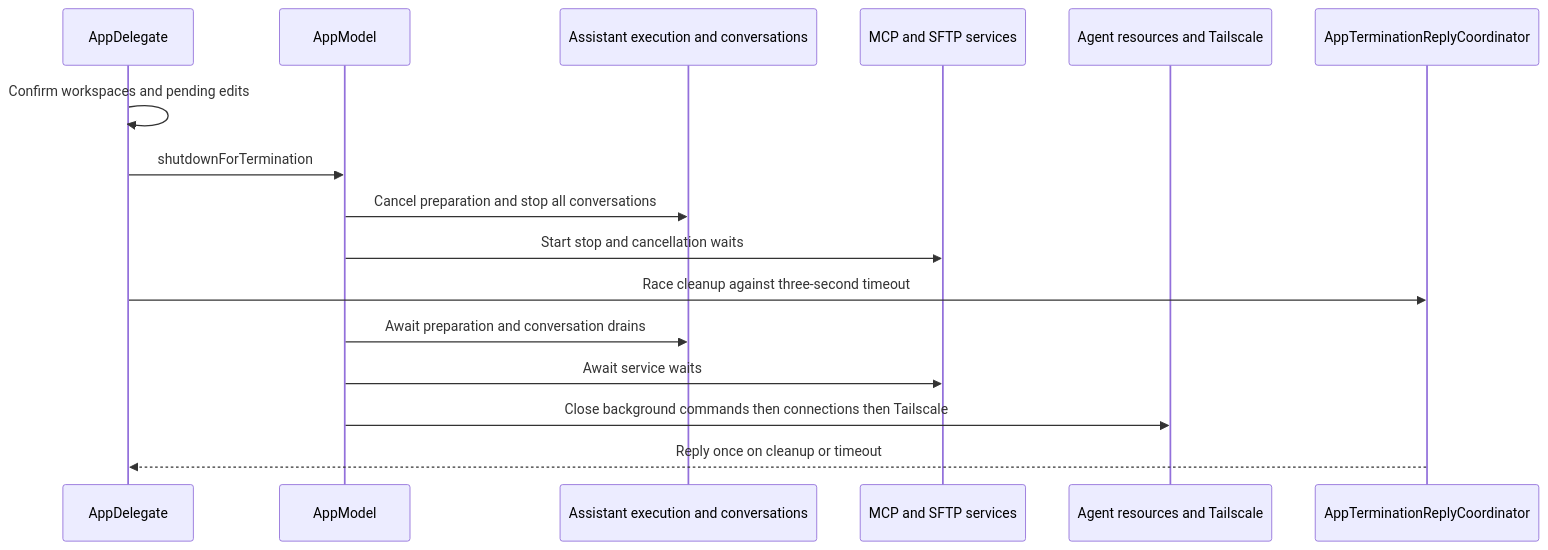
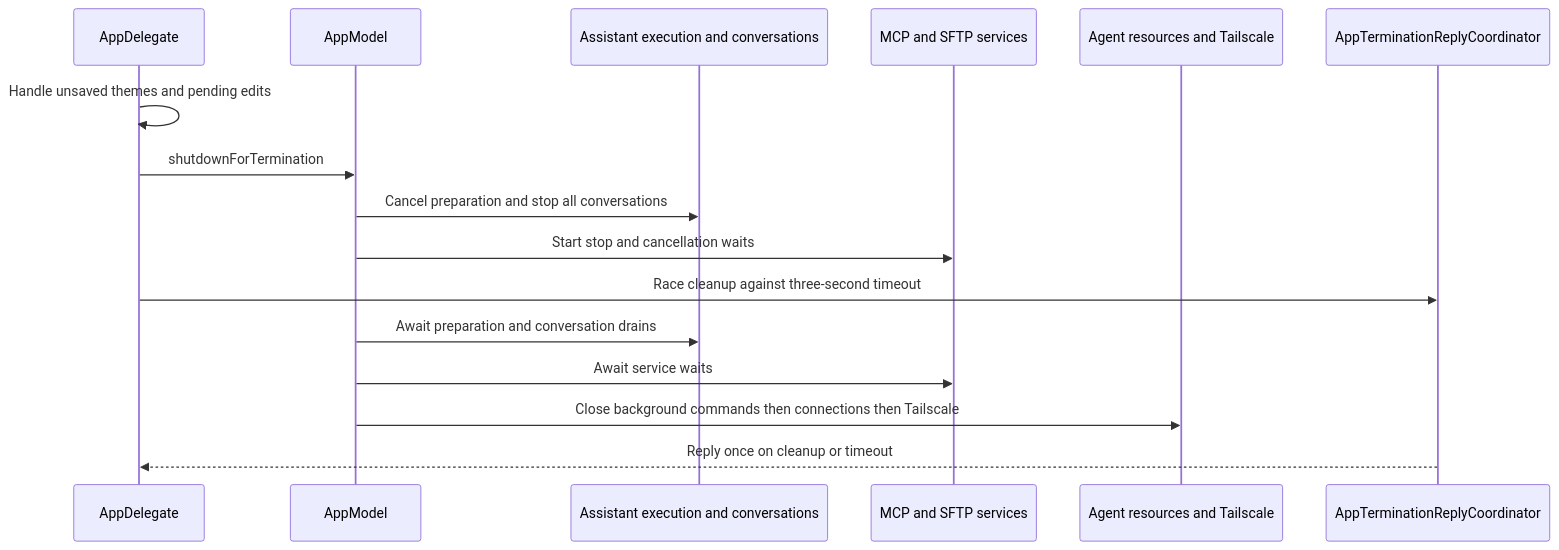
One commit to AkinoKaede/Termind changed the fourth of 5 diagrams in openwiki/architecture/system-boundaries.md. Above: the diagram before and after it, drawn with Mermaid. The commit also changed other lines of this file and 63 other files, not shown here.

````diff
--- a/openwiki/architecture/system-boundaries.md
+++ b/openwiki/architecture/system-boundaries.md
@@ -227,18 +225,18 @@
 ```mermaid
 sequenceDiagram
     participant Native as AppDelegate
     participant App as AppModel
     participant Agent as Assistant execution and conversations
     participant Services as MCP and SFTP services
     participant Resources as Agent resources and Tailscale
     participant Reply as AppTerminationReplyCoordinator
-    Native->>Native: Confirm workspaces and pending edits
+    Native->>Native: Handle unsaved themes and pending edits
     Native->>App: shutdownForTermination
     App->>Agent: Cancel preparation and stop all conversations
     App->>Services: Start stop and cancellation waits
     Native->>Reply: Race cleanup against three-second timeout
     App->>Agent: Await preparation and conversation drains
     App->>Services: Await service waits
     App->>Resources: Close background commands then connections then Tailscale
     Reply-->>Native: Reply once on cleanup or timeout
 ```
````
